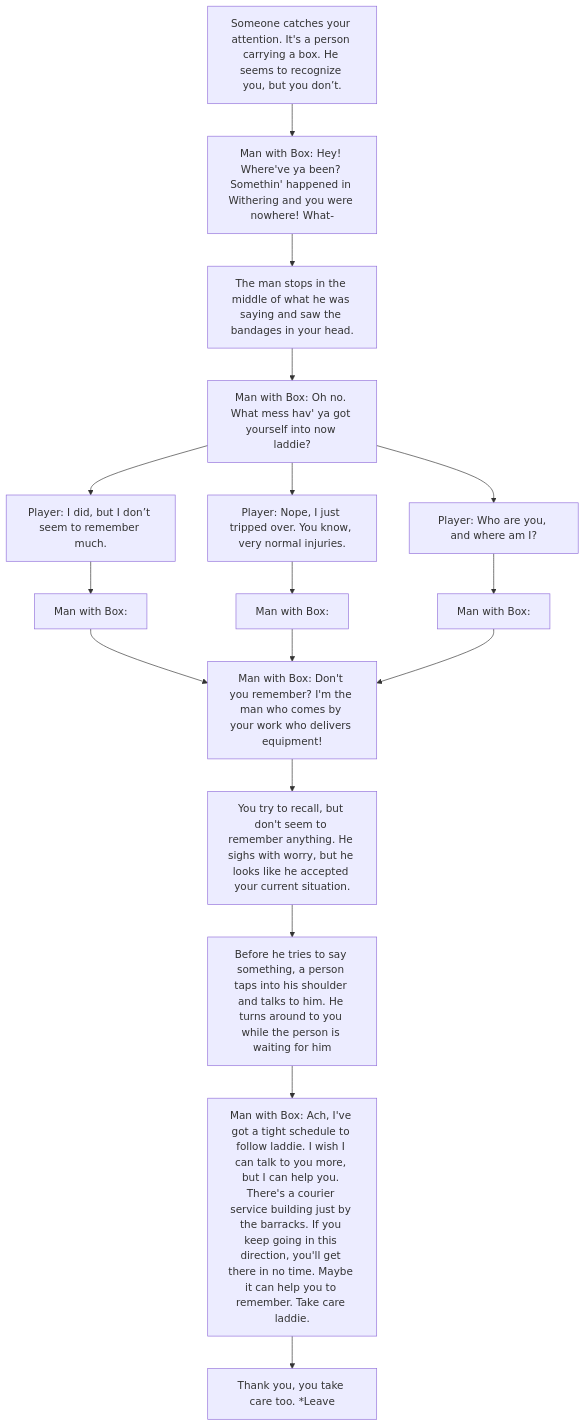
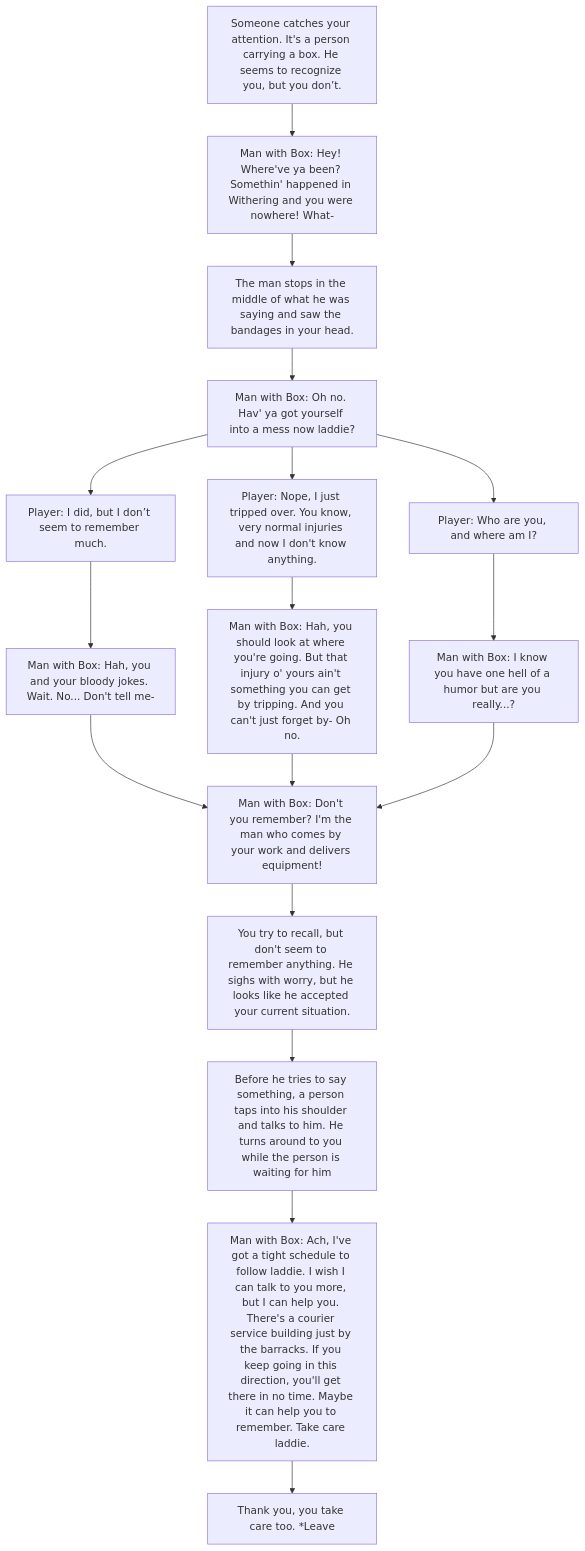
The diagram in Q1-PersonWBox.md (padillaryl/cc3-rpg-DialogueTree), drawn with Mermaid before and after one commit.

````diff
--- a/Q1-PersonWBox.md
+++ b/Q1-PersonWBox.md
@@ -1,23 +1,23 @@
 ```mermaid
 flowchart TD
   A[Someone catches your attention. It's a person carrying a box. He seems to recognize you, but you don’t.]
   A --> B[Man with Box: Hey! Where've ya been? Somethin' happened in Withering and you were nowhere! What-]
   B --> C[The man stops in the middle of what he was saying and saw the bandages in your head.]
-  C --> D[Man with Box: Oh no. What mess hav' ya got yourself into now laddie?]
+  C --> D[Man with Box: Oh no. Hav' ya got yourself into a mess now laddie?]
 
   D --> E[Player: I did, but I don’t seem to remember much.]
-  D --> F[Player: Nope, I just tripped over. You know, very normal injuries.]
+  D --> F[Player: Nope, I just tripped over. You know, very normal injuries and now I don't know anything.]
   D --> G[Player: Who are you, and where am I?]
 
-  E --> H[Man with Box: ]
-  F --> I[Man with Box: ]
-  G --> J[Man with Box: ]
+  E --> H[Man with Box: Hah, you and your bloody jokes. Wait. No... Don't tell me-]
+  F --> I[Man with Box: Hah, you should look at where you're going. But that injury o' yours ain't something you can get by tripping. And you can't just forget by- Oh no.]
+  G --> J[Man with Box: I know you have one hell of a humor but are you really...?]
 
-  H & I & J --> K[Man with Box: Don't you remember? I'm the man who comes by your work who delivers equipment!]
+  H & I & J --> K[Man with Box: Don't you remember? I'm the man who comes by your work and delivers equipment!]
   K --> L[You try to recall, but don't seem to remember anything. He sighs with worry, but he looks like he accepted your current situation.]
   L --> M[Before he tries to say something, a person taps into his shoulder and talks to him. He turns around to you while the person is waiting for him]
   M --> N[Man with Box: Ach, I've got a tight schedule to follow laddie. I wish I can talk to you more, but I can help you. There's a courier service building just by the barracks. If you keep going in this direction, you'll get there in no time. Maybe it can help you to remember. Take care laddie.]
 
   N --> O[Thank you, you take care too. *Leave]
 
 ```
````
